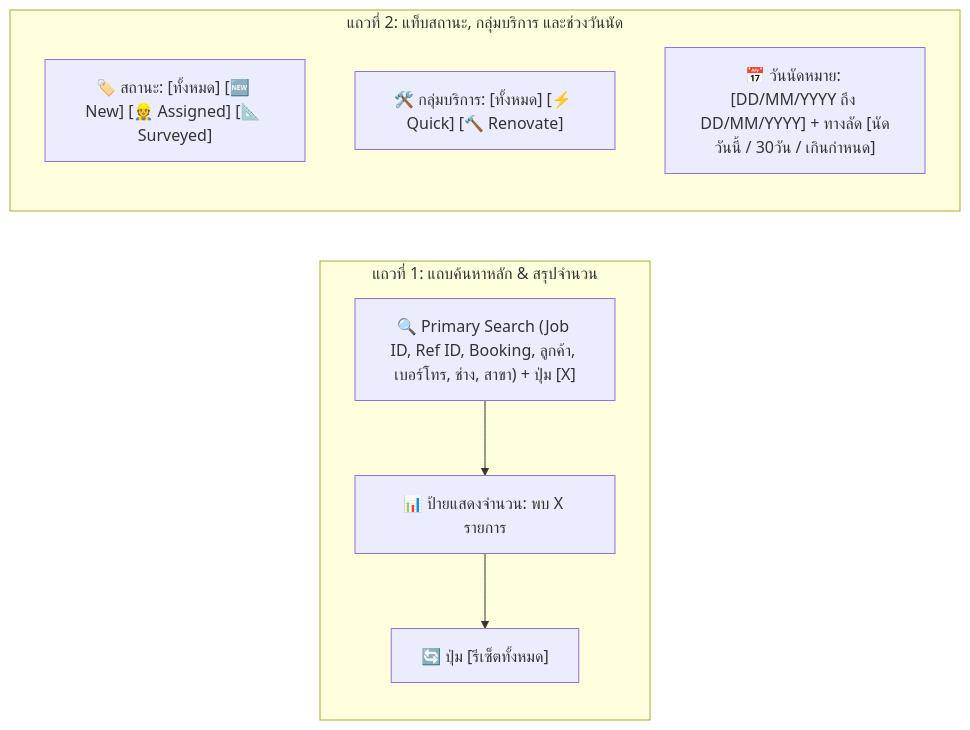
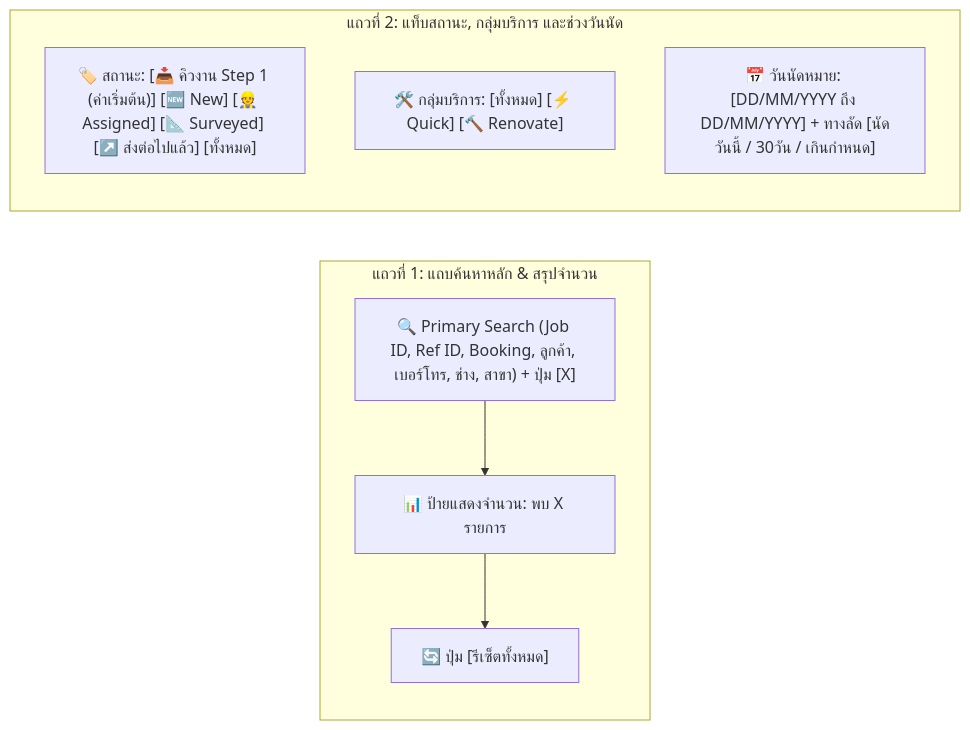
One commit to isarachootip/pmt_flow changed the third of 4 diagrams in doc/คู่มือการใช้งาน_Step1_คิวงานรับคำสั่งซื้อใหม่.md. Above: the diagram before and after it, drawn with Mermaid. The commit also changed other lines of this file and 6 other files, not shown here.

````diff
--- a/doc/คู่มือการใช้งาน_Step1_คิวงานรับคำสั่งซื้อใหม่.md
+++ b/doc/คู่มือการใช้งาน_Step1_คิวงานรับคำสั่งซื้อใหม่.md
@@ -165,15 +165,15 @@
 ```mermaid
 graph LR
     subgraph Row1["แถวที่ 1: แถบค้นหาหลัก & สรุปจำนวน"]
         S["🔍 Primary Search (Job ID, Ref ID, Booking, ลูกค้า, เบอร์โทร, ช่าง, สาขา) + ปุ่ม [X]"]
         C["📊 ป้ายแสดงจำนวน: พบ X รายการ"]
         R["🔄 ปุ่ม [รีเซ็ตทั้งหมด]"]
         S --> C --> R
     end
 
     subgraph Row2["แถวที่ 2: แท็บสถานะ, กลุ่มบริการ และช่วงวันนัด"]
-        ST["🏷️ สถานะ: [ทั้งหมด] [🆕 New] [👷 Assigned] [📐 Surveyed]"]
+        ST["🏷️ สถานะ: [📥 คิวงาน Step 1 (ค่าเริ่มต้น)] [🆕 New] [👷 Assigned] [📐 Surveyed] [↗️ ส่งต่อไปแล้ว] [ทั้งหมด]"]
         SG["🛠️ กลุ่มบริการ: [ทั้งหมด] [⚡ Quick] [🔨 Renovate]"]
         DT["📅 วันนัดหมาย: [DD/MM/YYYY ถึง DD/MM/YYYY] + ทางลัด [นัดวันนี้ / 30วัน / เกินกำหนด]"]
     end
 ```
````
